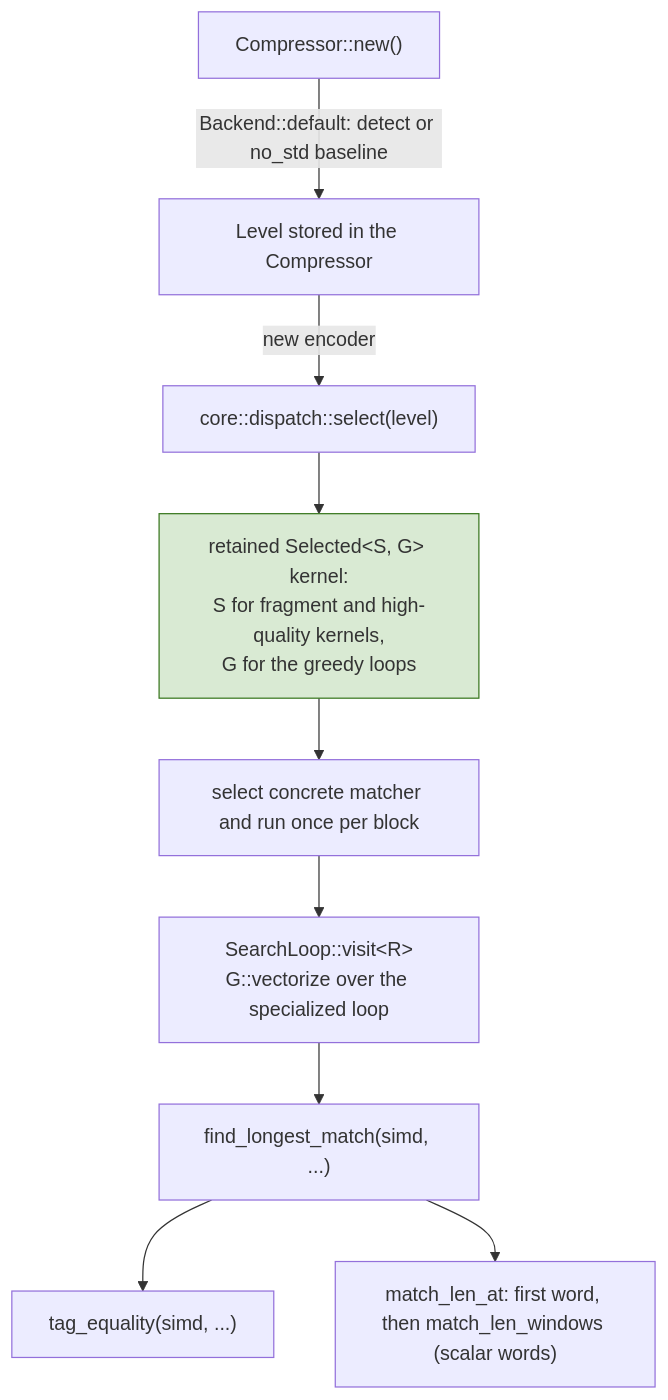
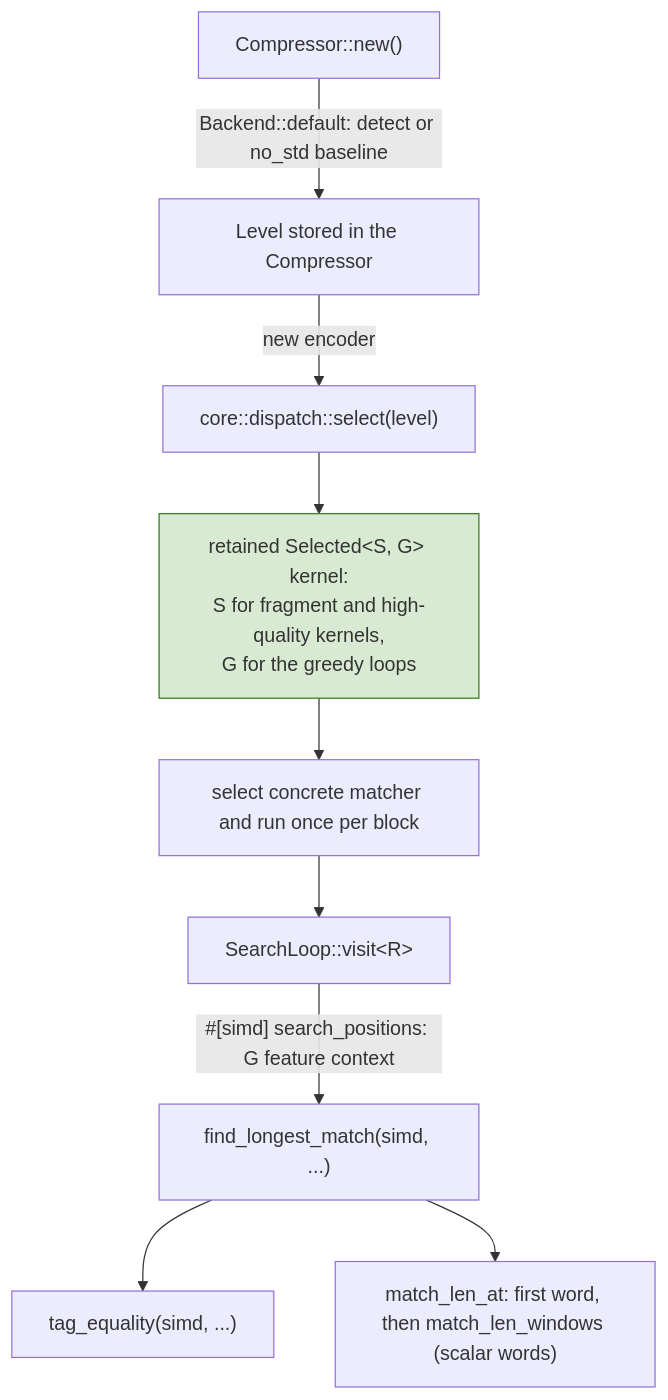
Diagram 16 of 16 in architecture/greedy-encoder.md (M-Compressors/mbrotli), drawn with Mermaid before and after one commit. The commit also changed other lines of this file and 21 other files, not shown here.

````diff
--- a/architecture/greedy-encoder.md
+++ b/architecture/greedy-encoder.md
@@ -875,14 +880,14 @@
 ```mermaid
 graph TD
     A["Compressor::new()"] -->|"Backend::default: detect or no_std baseline"| B["Level stored in the Compressor"]
     B -->|"new encoder"| C["core::dispatch::select(level)"]
     C --> D["retained Selected&lt;S, G&gt; kernel:<br/>S for fragment and high-quality kernels,<br/>G for the greedy loops"]
     D --> E["select concrete matcher and run once per block"]
-    E --> V["SearchLoop::visit&lt;R&gt;<br/>G::vectorize over the specialized loop"]
-    V --> F["find_longest_match(simd, ...)"]
+    E --> V["SearchLoop::visit&lt;R&gt;"]
+    V -->|"#[simd] search_positions: G feature context"| F["find_longest_match(simd, ...)"]
     F --> G1["tag_equality(simd, ...)"]
     F --> G2["match_len_at: first word, then match_len_windows (scalar words)"]
 
     classDef once fill:#d9ead3,stroke:#38761d;
     class D once;
 ```
````
